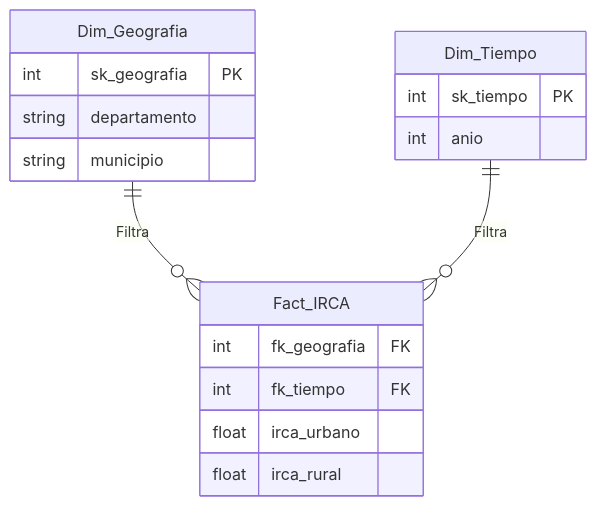
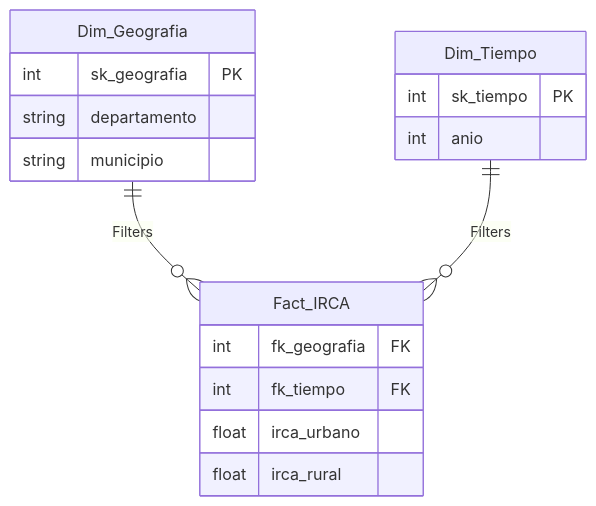
One commit to Big2Welker/Project2ETLSVG changed the first of 3 diagrams in README.md. Above: the diagram before and after it, drawn with Mermaid. The commit also changed other lines of this file and 1 other file, not shown here.

````diff
--- a/README.md
+++ b/README.md
@@ -26,20 +28,20 @@
 ```mermaid
 erDiagram
-    Dim_Geografia ||--o{ Fact_IRCA : "Filtra"
-    Dim_Tiempo ||--o{ Fact_IRCA : "Filtra"
+    Dim_Geografia ||--o{ Fact_IRCA : "Filters"
+    Dim_Tiempo ||--o{ Fact_IRCA : "Filters"
     Dim_Geografia {
         int sk_geografia PK
         string departamento
         string municipio
     }
     Dim_Tiempo {
         int sk_tiempo PK
         int anio
     }
     Fact_IRCA {
         int fk_geografia FK
         int fk_tiempo FK
         float irca_urbano
         float irca_rural
     }
 ```
````
